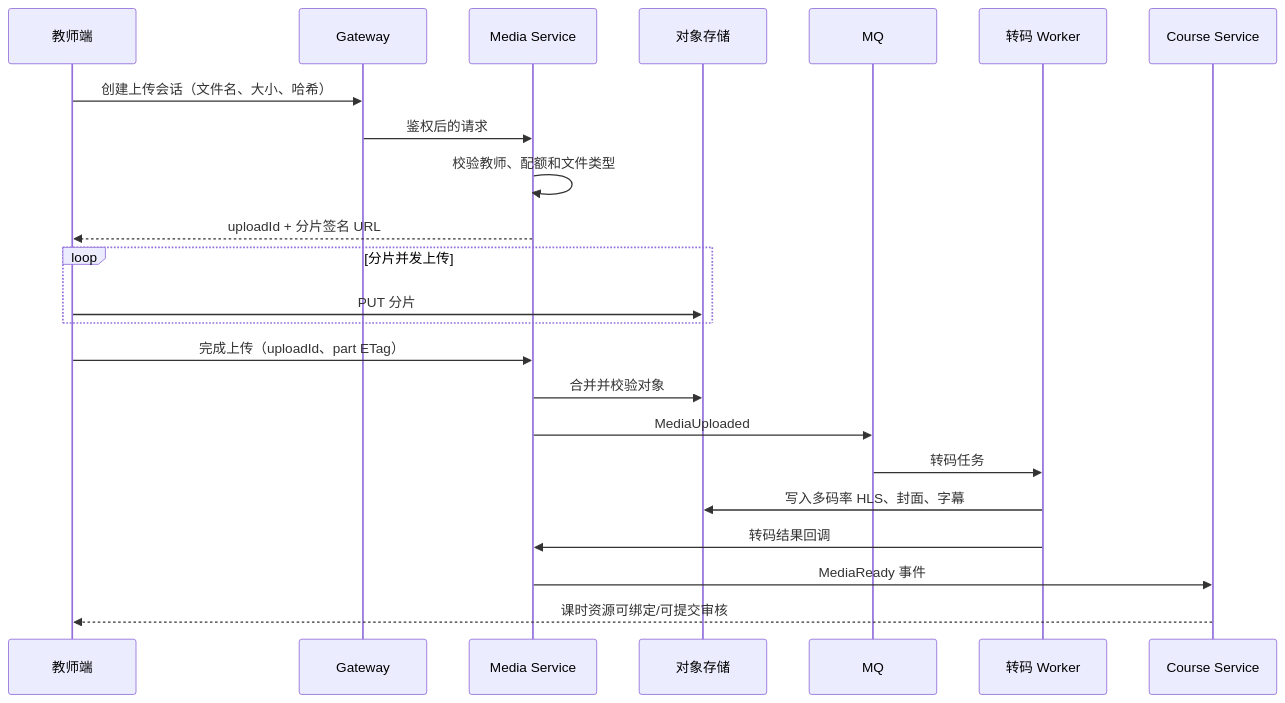
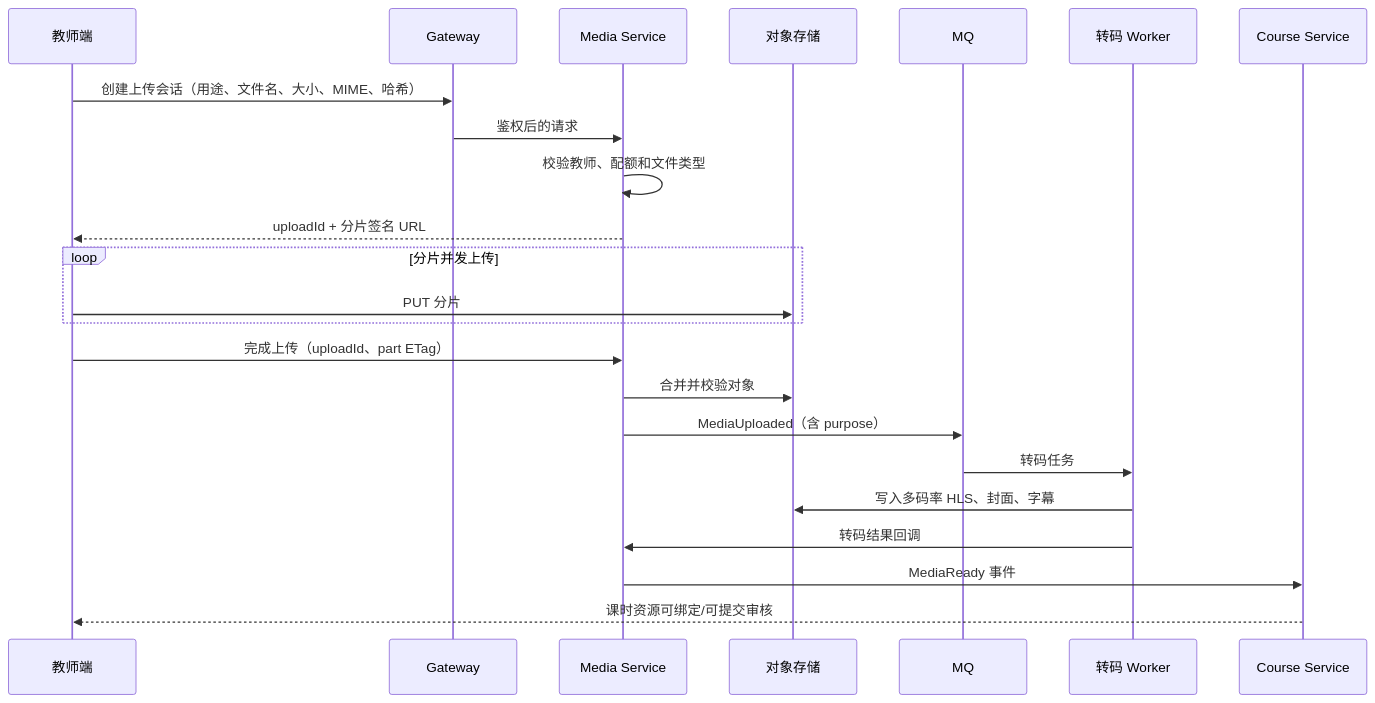
The third of 4 diagrams in 在线网课平台工业架构设计.md (chengchen-ccnu/ccnu-edulion), drawn with Mermaid before and after one commit. The commit also changed other lines of this file and 9 other files, not shown here.

Commit message:
docs(architecture): define OSS asset lifecycle roadmap

````diff
--- a/在线网课平台工业架构设计.md
+++ b/在线网课平台工业架构设计.md
@@ -466,26 +488,26 @@
 ```mermaid
 sequenceDiagram
     participant T as 教师端
     participant G as Gateway
     participant M as Media Service
     participant O as 对象存储
     participant Q as MQ
     participant W as 转码 Worker
     participant C as Course Service
 
-    T->>G: 创建上传会话（文件名、大小、哈希）
+    T->>G: 创建上传会话（用途、文件名、大小、MIME、哈希）
     G->>M: 鉴权后的请求
     M->>M: 校验教师、配额和文件类型
     M-->>T: uploadId + 分片签名 URL
     loop 分片并发上传
         T->>O: PUT 分片
     end
     T->>M: 完成上传（uploadId、part ETag）
     M->>O: 合并并校验对象
-    M->>Q: MediaUploaded
+    M->>Q: MediaUploaded（含 purpose）
     Q->>W: 转码任务
     W->>O: 写入多码率 HLS、封面、字幕
     W->>M: 转码结果回调
     M->>C: MediaReady 事件
     C-->>T: 课时资源可绑定/可提交审核
 ```
````
